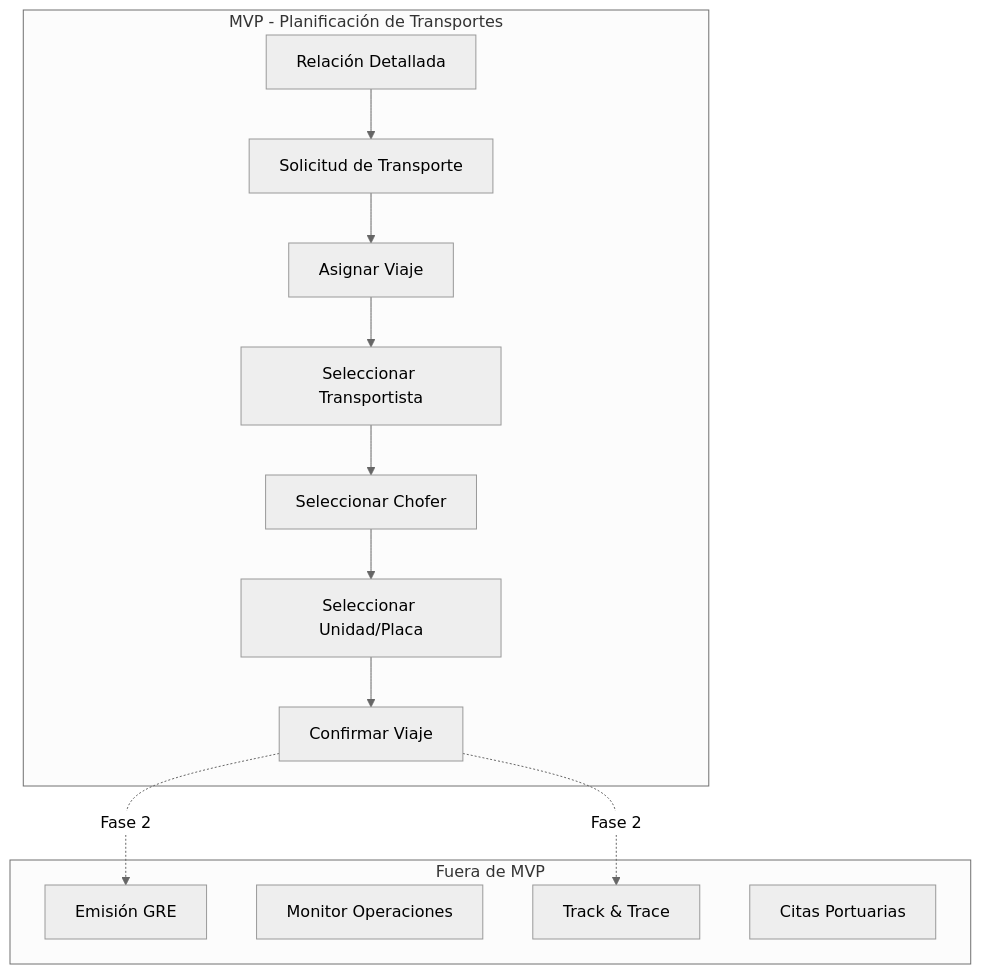
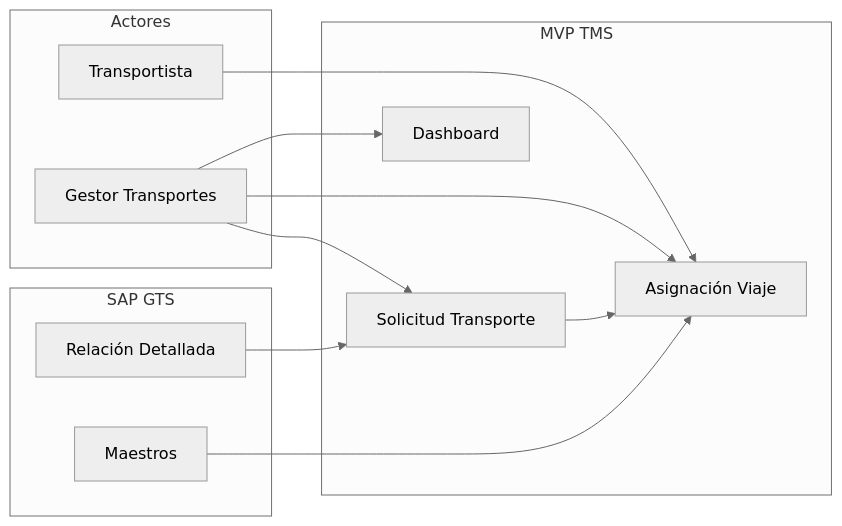
One commit to beyondnetPeru/unimar_tms changed the first of 4 diagrams in _bmad-output/planning-artifacts/prd-sistema-gestion-transportes.es.md. Above: the diagram before and after it, drawn with Mermaid (neutral theme). The commit also changed other lines of this file, not shown here.

````diff
--- a/_bmad-output/planning-artifacts/prd-sistema-gestion-transportes.es.md
+++ b/_bmad-output/planning-artifacts/prd-sistema-gestion-transportes.es.md
@@ -121,19 +68,26 @@
 ```mermaid
-flowchart TD
-    subgraph MVP[MVP - Planificación de Transportes]
-        RD[Relación Detallada] --> ST[Solicitud de Transporte]
-        ST --> ASIG[Asignar Viaje]
-        ASIG --> SEL[Seleccionar Transportista]
-        SEL --> SELCH[Seleccionar Chofer]
-        SELCH --> SELUN[Seleccionar Unidad/Placa]
-        SELUN --> CONF[Confirmar Viaje]
+flowchart LR
+    subgraph SAP[SAP GTS]
+        RD[Relación Detallada]
+        MD[Maestros]
     end
-    subgraph FUT[Fuera de MVP]
-        GRE[Emisión GRE]
-        MON[Monitor Operaciones]
-        TTR[Track & Trace]
-        CIT[Citas Portuarias]
+
+    subgraph MVP[MVP TMS]
+        ST[Solicitud Transporte]
+        VJ[Asignación Viaje]
+        DSH[Dashboard]
     end
-    CONF -.->|Fase 2| GRE
-    CONF -.->|Fase 2| TTR
+
+    subgraph ACT[Actores]
+        GT[Gestor Transportes]
+        TR[Transportista]
+    end
+
+    RD --> ST
+    MD --> VJ
+    ST --> VJ
+    GT --> DSH
+    GT --> ST
+    GT --> VJ
+    TR --> VJ
 ```
````
